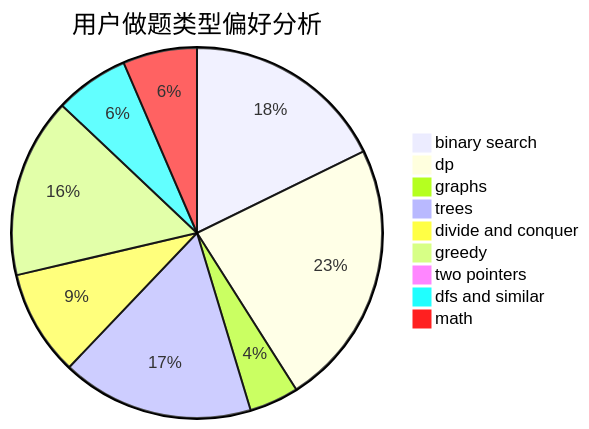
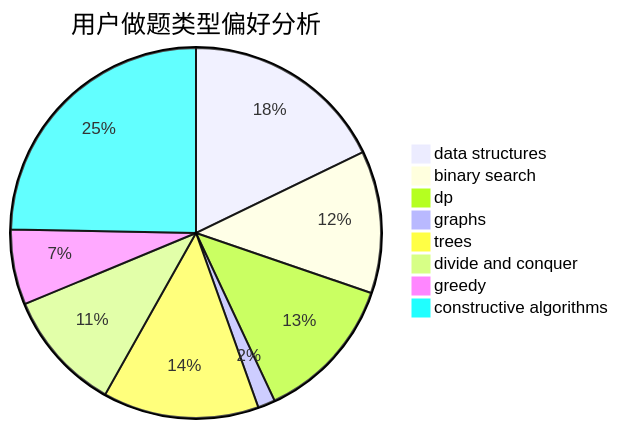
The second of 3 diagrams in docs/user/u48.md (sherpahu/cfrs.github.io), drawn with Mermaid before and after one commit. The commit also changed other lines of this file and 2775 other files, not shown here.

````diff
--- a/docs/user/u48.md
+++ b/docs/user/u48.md
@@ -23,12 +23,11 @@
 ```mermaid
 pie title 用户做题类型偏好分析
-    "binary search" :  148
-    "dp" :  194
-    "graphs" :  36
-    "trees" :  140
-    "divide and conquer" :  77
-    "greedy" :  131
-    "two pointers" :  6
-    "dfs and similar" :  54
-    "math" :  54
+    "data structures" :  106
+    "binary search" :  74
+    "dp" :  76
+    "graphs" :  9
+    "trees" :  81
+    "divide and conquer" :  63
+    "greedy" :  39
+    "constructive algorithms" :  147
 ```
````
